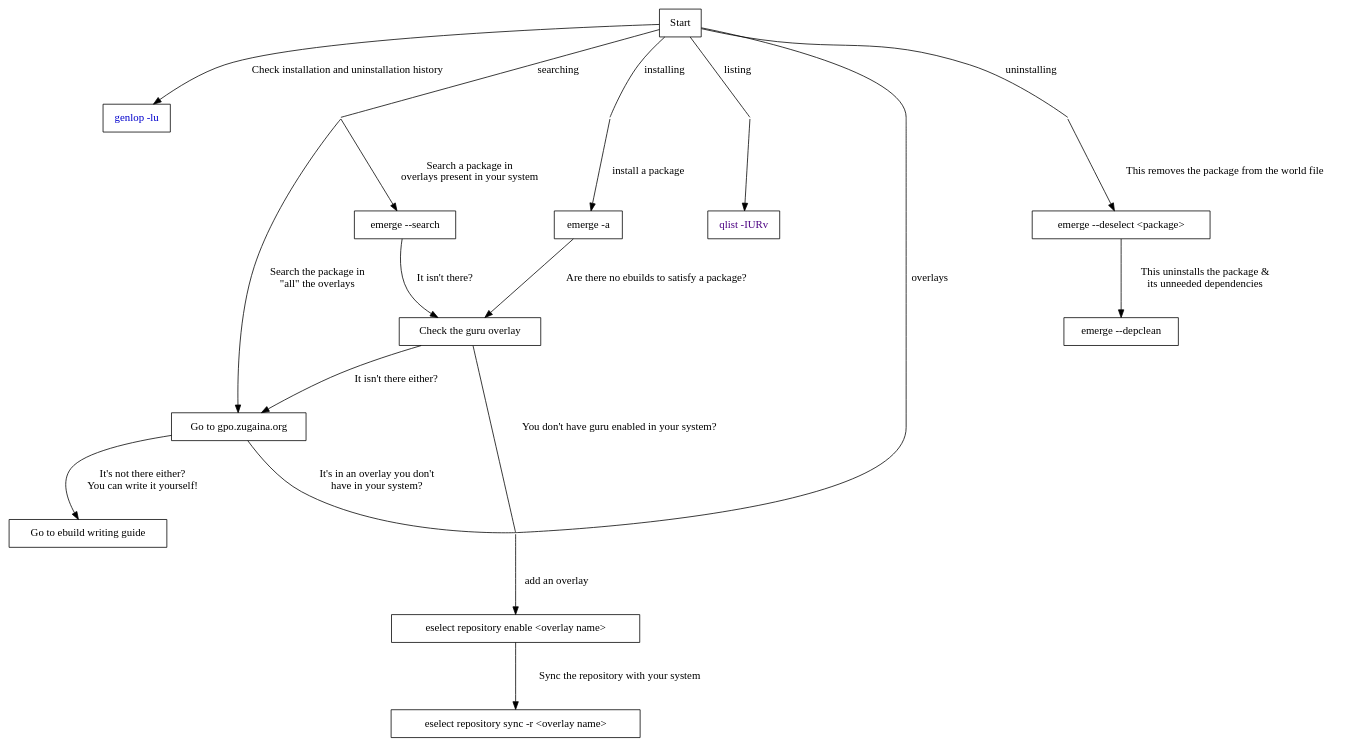
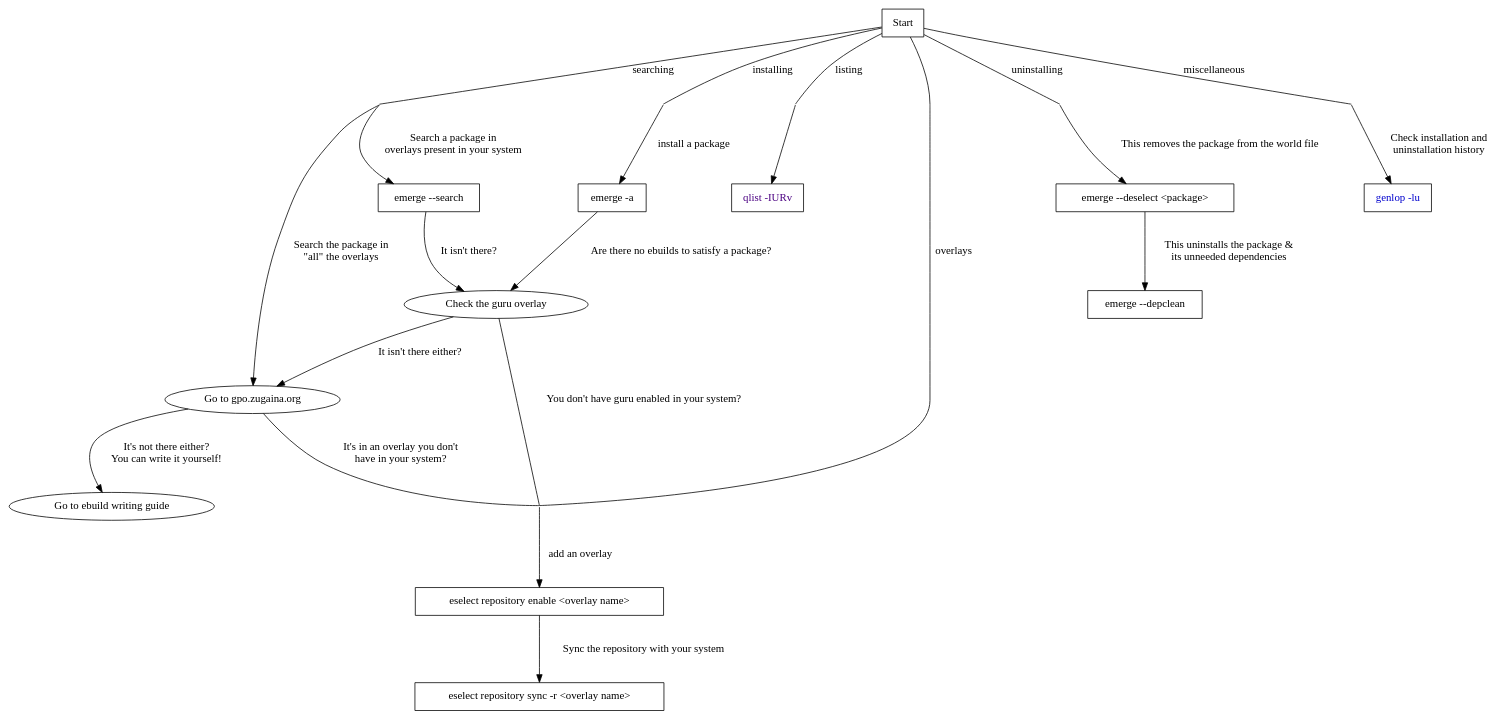
Before and after one commit to lima-limon-inc/gentoo-tools-cheat-sheet: the diagram in cheat-sheet.gv, drawn with Graphviz. The commit also changed 3 other files, not shown here.

```diff
--- a/cheat-sheet.gv
+++ b/cheat-sheet.gv
@@ -1,80 +1,81 @@
 digraph cheat_sheet {
   // node define
   node [
   shape = box
   ];
 
   graph [
   layout = dot,
   nodesep = 1.5,
   ranksep = 1.0,
   normalize = false,
   root=start
   ];
 
   edge [
     style = solid,
     fontsize = 14,
     labeldistance = 2.5,
     labelangle = 70
   ];
 
 
   start [label="Start"]
   emergeAsk [label="emerge -a"]
   emergeSearch [label="emerge --search"]
-  gpoZugaina [label="Go to gpo.zugaina.org", URL="https://graphviz.org/docs/nodes/"]
+  gpoZugaina [label="Go to gpo.zugaina.org", shape=ellipse, URL="https://graphviz.org/docs/nodes/"]
   eselectRepo [label="eselect repository enable <overlay name>"]
   eselectRepoSync1 [label="eselect repository sync -r <overlay name>"]
-  ebuildWriting [label="Go to ebuild writing guide" URL="https://devmanual.gentoo.org/ebuild-writing/index.html"]
+  ebuildWriting [label="Go to ebuild writing guide", shape=ellipse URL="https://devmanual.gentoo.org/ebuild-writing/index.html"]
   qlist [label="qlist -IURv", fontcolor=indigo]
   emergeDeselect [label="emerge --deselect <package>"]
   emergeDepclean [label="emerge --depclean"]
-  guru [label="Check the guru overlay", URL="https://gitweb.gentoo.org/repo/proj/guru.git/tree/"]
+  guru [label="Check the guru overlay", shape=ellipse, URL="https://gitweb.gentoo.org/repo/proj/guru.git/tree/"]
   genlop [label="genlop -lu", fontcolor=blue3]
 
 
   // Nodes used for demarking options
   joint1 [shape="none", label="", width=0, height=0]
   joint2 [shape="none", label="", width=0, height=0]
   joint3 [shape="none", label="", width=0, height=0]
   joint4 [shape="none", label="", width=0, height=0]
   joint5 [shape="none", label="", width=0, height=0]
   joint6 [shape="none", label="", width=0, height=0]
   joint7 [shape="none", label="", width=0, height=0]
   joint8 [shape="none", label="", width=0, height=0]
   joint9 [shape="none", label="", width=0, height=0]
   joint10 [shape="none", label="", width=0, height=0]
   joint11 [shape="none", label="", width=0, height=0]
 
 
 
   start -> joint3 [dir=none, label="installing"]
   joint3 -> emergeAsk [label="install a package"]
   emergeAsk -> guru [label="Are there no ebuilds to satisfy a package?"]
 
   start -> joint2 [label="searching", dir=none]
   joint2 -> emergeSearch [label="Search a package in \n overlays present in your system"]
   joint2 -> gpoZugaina [label="Search the package in \n \"all\" the overlays"]
   guru -> joint5 [label="You don't have guru enabled in your system?", dir=none]
   emergeSearch -> guru [label="It isn't there?"]
   guru -> gpoZugaina [label="It isn't there either?"]
   gpoZugaina -> joint5 [label="It's in an overlay you don't \n have in your system?", dir=none]
   eselectRepo -> eselectRepoSync1 [label="Sync the repository with your system"]
   gpoZugaina -> ebuildWriting [label="It's not there either? \n You can write it yourself!"]
 
   start -> joint4[label="listing", dir=none]
   joint4 -> qlist
 
   start -> joint5[label="overlays", dir=none]
   joint5 -> eselectRepo [label="add an overlay"]
 
   start -> joint6[label="uninstalling", dir=none]
   joint6 -> emergeDeselect[label="This removes the package from the world file"]
   emergeDeselect -> emergeDepclean[label="This uninstalls the package & \n its unneeded dependencies"]
 
-  start -> genlop [label="Check installation and uninstallation history"]
+  start -> joint7 [label="miscellaneous",dir=none]
+  joint7 -> genlop [label="Check installation and \n uninstallation history"]
 
 
 
 }
```
